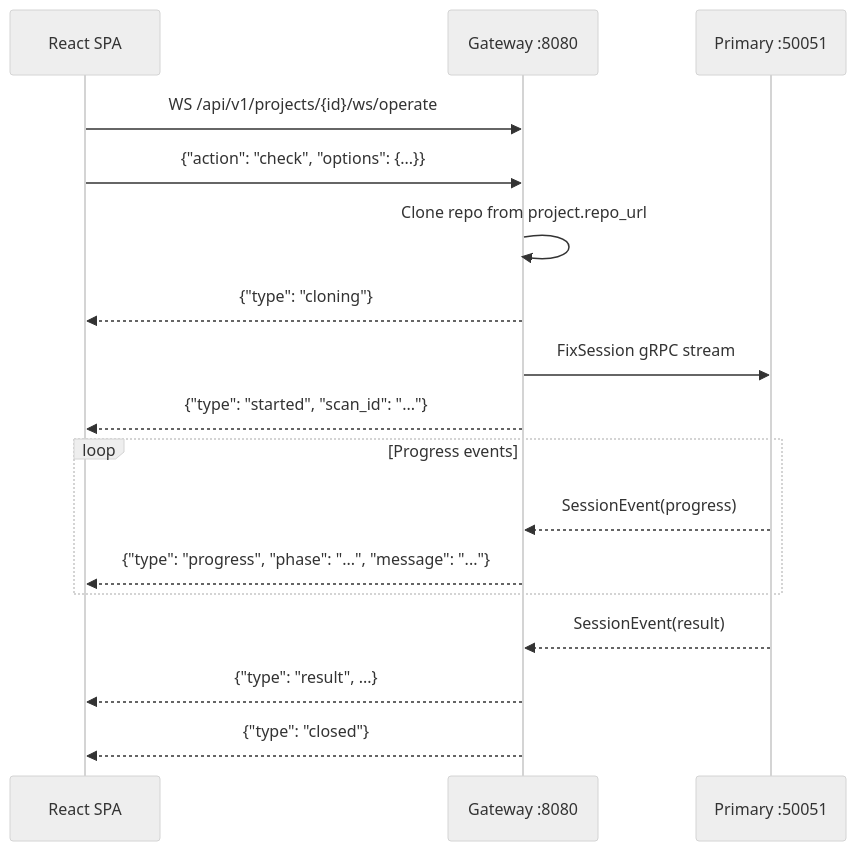
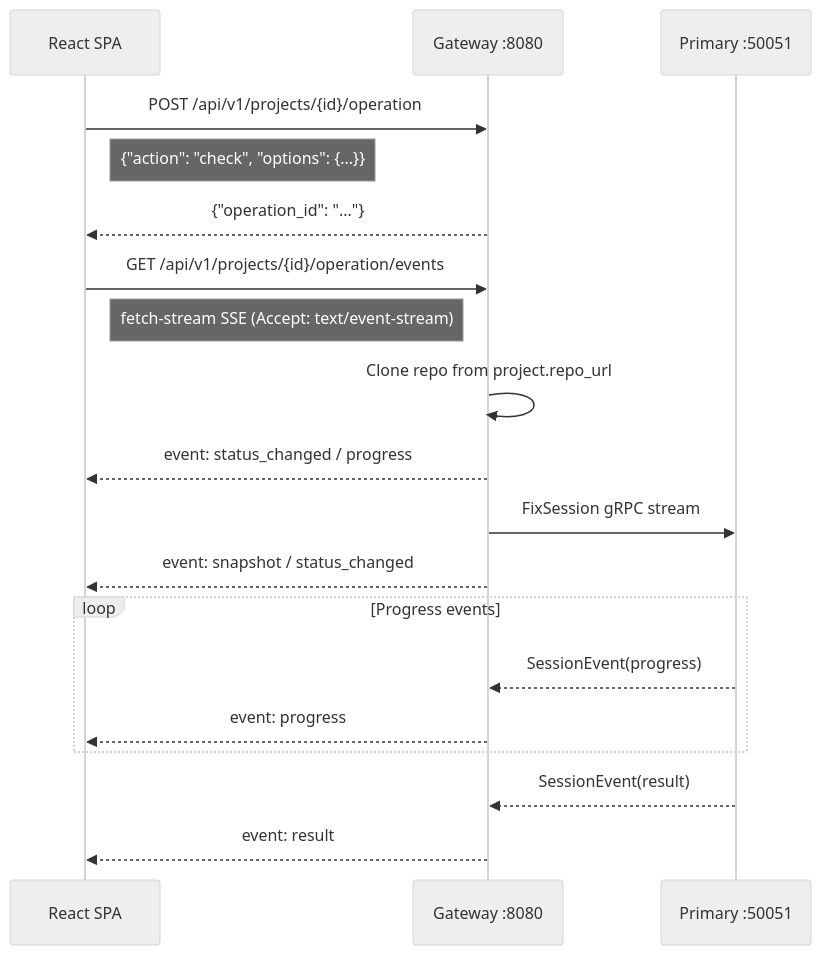
One commit to ansible/apme changed the first of 2 diagrams in docs/architecture/14-ui-integration.md. Above: the diagram before and after it, drawn with Mermaid (neutral theme). The commit also changed other lines of this file and 20 other files, not shown here.

````diff
--- a/docs/architecture/14-ui-integration.md
+++ b/docs/architecture/14-ui-integration.md
@@ -95,23 +95,26 @@
 ```mermaid
 sequenceDiagram
     participant UI as React SPA
     participant GW as Gateway :8080
     participant Primary as Primary :50051
 
-    UI->>GW: WS /api/v1/projects/{id}/ws/operate
-    UI->>GW: {"action": "check", "options": {...}}
+    UI->>GW: POST /api/v1/projects/{id}/operation
+    Note right of UI: {"action": "check", "options": {...}}
+    GW-->>UI: {"operation_id": "..."}
+
+    UI->>GW: GET /api/v1/projects/{id}/operation/events
+    Note right of UI: fetch-stream SSE (Accept: text/event-stream)
 
     GW->>GW: Clone repo from project.repo_url
-    GW-->>UI: {"type": "cloning"}
+    GW-->>UI: event: status_changed / progress
     GW->>Primary: FixSession gRPC stream
-    GW-->>UI: {"type": "started", "scan_id": "..."}
+    GW-->>UI: event: snapshot / status_changed
 
     loop Progress events
         Primary-->>GW: SessionEvent(progress)
-        GW-->>UI: {"type": "progress", "phase": "...", "message": "..."}
+        GW-->>UI: event: progress
     end
 
     Primary-->>GW: SessionEvent(result)
-    GW-->>UI: {"type": "result", ...}
-    GW-->>UI: {"type": "closed"}
+    GW-->>UI: event: result
 ```
````
